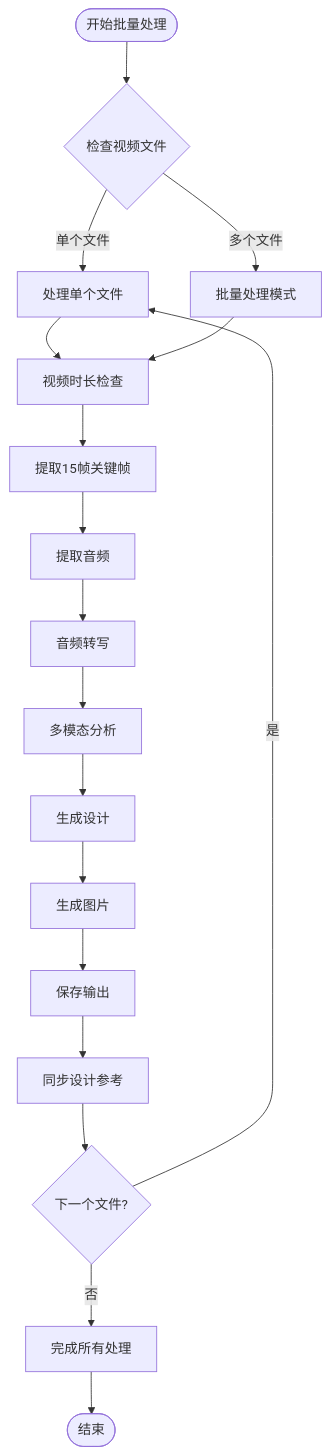
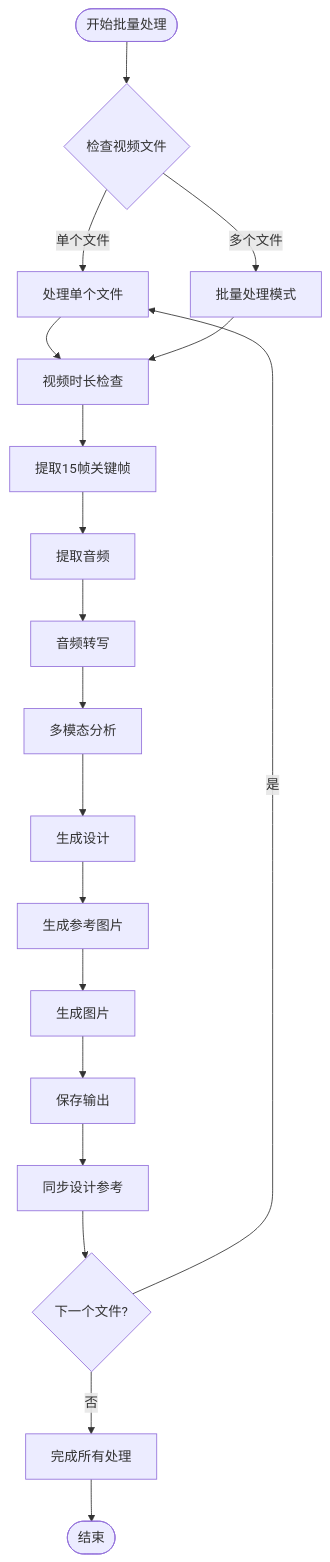
One commit to WongMingJiu/landingpage-test-hero-page changed diagram 14 of 16 in .qoder/repowiki/zh/content/配置和定制/配置和定制.md. Above: the diagram before and after it, drawn with Mermaid. The commit also changed other lines of this file and 6 other files, not shown here.

````diff
--- a/.qoder/repowiki/zh/content/配置和定制/配置和定制.md
+++ b/.qoder/repowiki/zh/content/配置和定制/配置和定制.md
@@ -415,20 +604,21 @@
 ```mermaid
 flowchart TD
 Start([开始批量处理]) --> CheckFiles{检查视频文件}
 CheckFiles --> |单个文件| ProcessSingle[处理单个文件]
 CheckFiles --> |多个文件| ProcessBatch[批量处理模式]
 ProcessSingle --> VideoCheck[视频时长检查]
 ProcessBatch --> VideoCheck
 VideoCheck --> ExtractFrames[提取15帧关键帧]
 ExtractFrames --> ExtractAudio[提取音频]
 ExtractAudio --> Transcribe[音频转写]
 Transcribe --> Analyze[多模态分析]
 Analyze --> Generate[生成设计]
-Generate --> GenerateImage[生成图片]
+Generate --> GenerateRef[生成参考图片]
+GenerateRef --> GenerateImage[生成图片]
 GenerateImage --> SaveOutput[保存输出]
 SaveOutput --> SyncRefer[同步设计参考]
 SyncRefer --> NextFile{下一个文件?}
 NextFile --> |是| ProcessSingle
 NextFile --> |否| Complete[完成所有处理]
 Complete --> End([结束])
 ```
````
